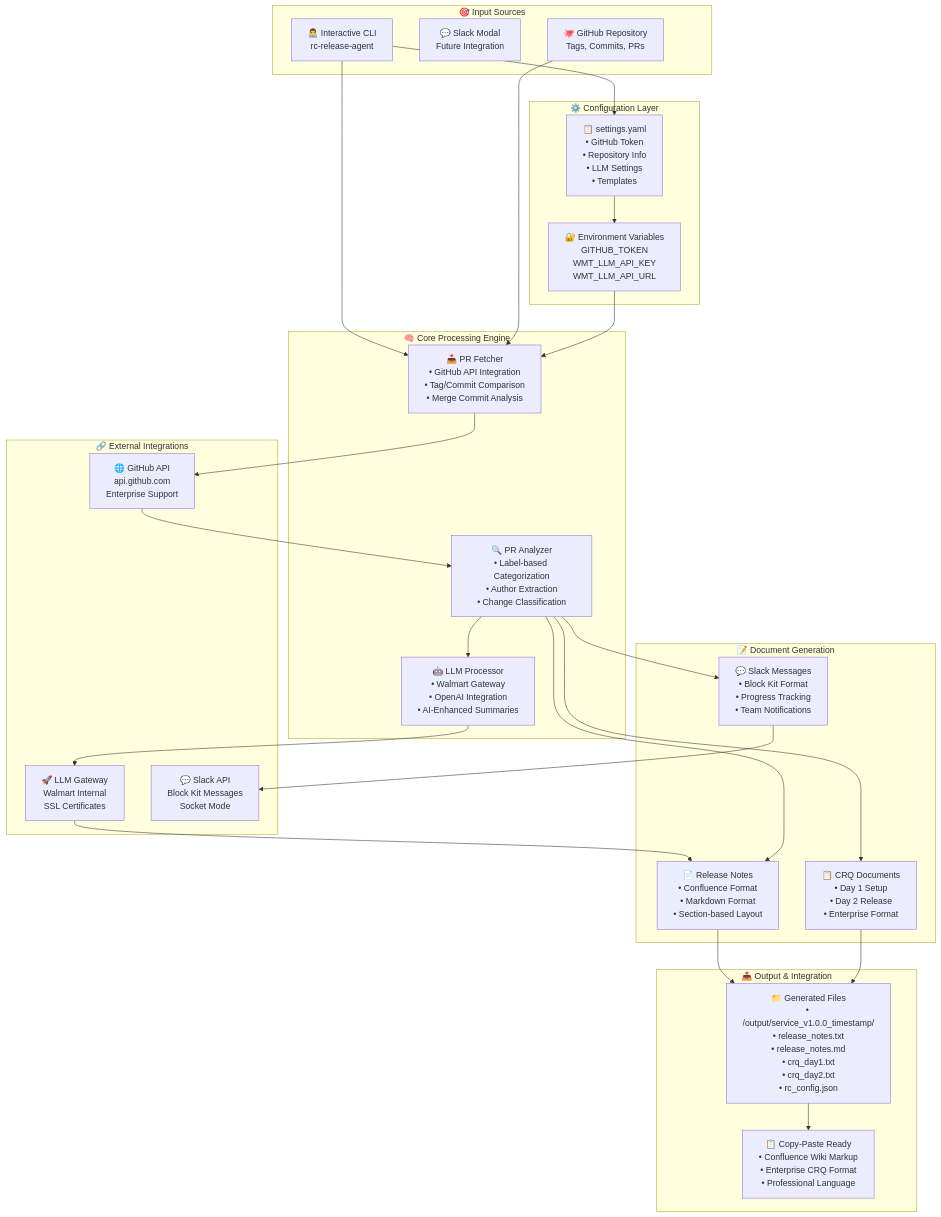
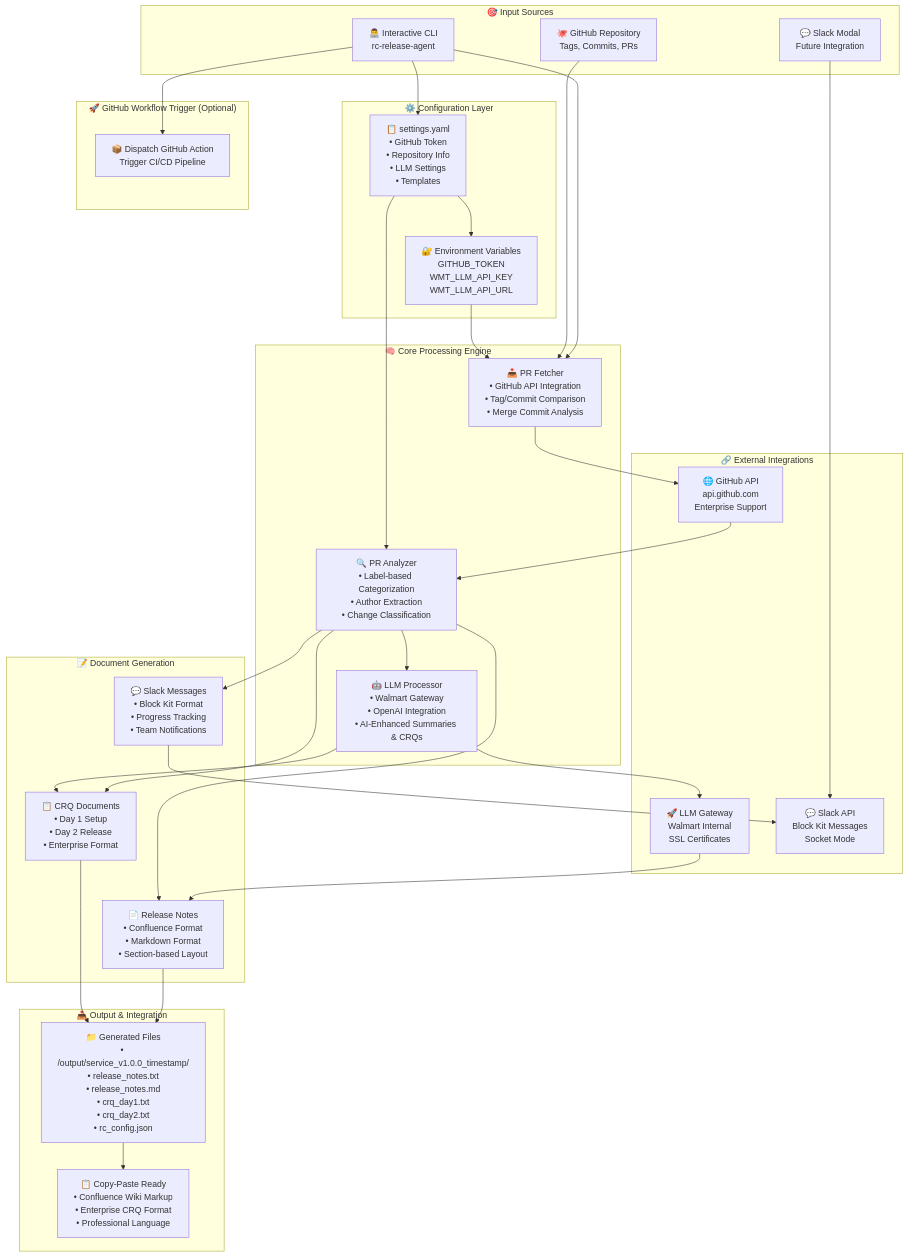
The diagram in README.md (ArnoldoM23/automated-release-rc), drawn with Mermaid before and after one commit.

Commit message:
update diagram

````diff
--- a/README.md
+++ b/README.md
@@ -67,66 +67,76 @@
 ```mermaid
 graph TB
     %% User Inputs
     subgraph Input["🎯 Input Sources"]
         CLI["👨‍💻 Interactive CLI<br/>rc-release-agent"]
         SLACK["💬 Slack Modal<br/>Future Integration"]
         GITHUB["🐙 GitHub Repository<br/>Tags, Commits, PRs"]
     end
 
     %% Configuration
     subgraph Config["⚙️ Configuration Layer"]
         SETTINGS["📋 settings.yaml<br/>• GitHub Token<br/>• Repository Info<br/>• LLM Settings<br/>• Templates"]
         ENV["🔐 Environment Variables<br/>GITHUB_TOKEN<br/>WMT_LLM_API_KEY<br/>WMT_LLM_API_URL"]
     end
 
     %% Core Processing Engine
     subgraph Engine["🧠 Core Processing Engine"]
         FETCH["📥 PR Fetcher<br/>• GitHub API Integration<br/>• Tag/Commit Comparison<br/>• Merge Commit Analysis"]
         ANALYZE["🔍 PR Analyzer<br/>• Label-based Categorization<br/>• Author Extraction<br/>• Change Classification"]
-        LLM["🤖 LLM Processor<br/>• Walmart Gateway<br/>• OpenAI Integration<br/>• AI-Enhanced Summaries"]
+        LLM["🤖 LLM Processor<br/>• Walmart Gateway<br/>• OpenAI Integration<br/>• AI-Enhanced Summaries & CRQs"]
     end
 
     %% Document Generation
     subgraph Generation["📝 Document Generation"]
         NOTES["📄 Release Notes<br/>• Confluence Format<br/>• Markdown Format<br/>• Section-based Layout"]
         CRQ["📋 CRQ Documents<br/>• Day 1 Setup<br/>• Day 2 Release<br/>• Enterprise Format"]
         SLACK_MSG["💬 Slack Messages<br/>• Block Kit Format<br/>• Progress Tracking<br/>• Team Notifications"]
     end
 
     %% Output & Integration
     subgraph Output["📤 Output & Integration"]
         FILES["📁 Generated Files<br/>• /output/service_v1.0.0_timestamp/<br/>• release_notes.txt<br/>• release_notes.md<br/>• crq_day1.txt<br/>• crq_day2.txt<br/>• rc_config.json"]
         COPY["📋 Copy-Paste Ready<br/>• Confluence Wiki Markup<br/>• Enterprise CRQ Format<br/>• Professional Language"]
     end
 
     %% Integrations & APIs
     subgraph APIs["🔗 External Integrations"]
         GH_API["🌐 GitHub API<br/>api.github.com<br/>Enterprise Support"]
         LLM_GW["🚀 LLM Gateway<br/>Walmart Internal<br/>SSL Certificates"]
         SLACK_API["💬 Slack API<br/>Block Kit Messages<br/>Socket Mode"]
     end
 
+    %% Optional CI/CD Trigger
+    subgraph CI["🚀 GitHub Workflow Trigger (Optional)"]
+        GH_ACTIONS["📦 Dispatch GitHub Action<br/>Trigger CI/CD Pipeline"]
+    end
+
     %% Workflow Connections
     CLI --> SETTINGS
     SETTINGS --> ENV
+    SETTINGS --> ANALYZE
     CLI --> FETCH
+    CLI --> GH_ACTIONS
     GITHUB --> FETCH
     ENV --> FETCH
-    
+
     FETCH --> GH_API
     GH_API --> ANALYZE
-    
+
     ANALYZE --> LLM
     LLM --> LLM_GW
     LLM_GW --> NOTES
-    
+
     ANALYZE --> NOTES
     ANALYZE --> CRQ
     ANALYZE --> SLACK_MSG
-    
+    LLM --> CRQ
+
     NOTES --> FILES
     CRQ --> FILES
     SLACK_MSG --> SLACK_API
-    
+
     FILES --> COPY
+
+    SLACK --> SLACK_API
 ```
````
